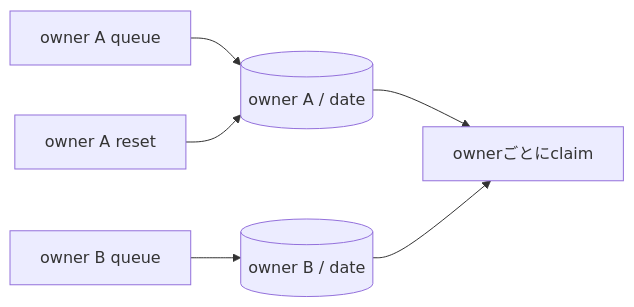
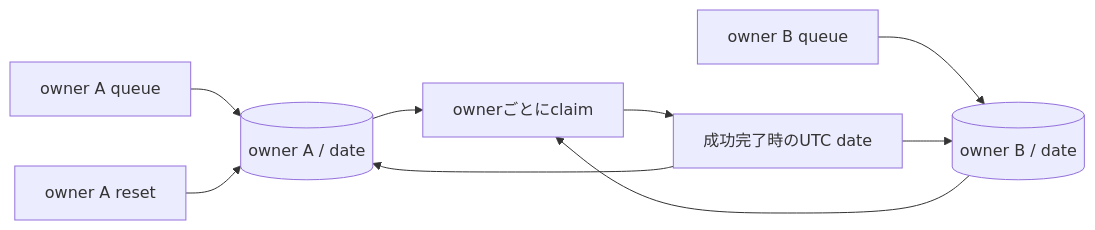
The diagram in docs/adr/0063-scope-enrichment-daily-budget-by-owner.md (r4ai/news-podcast), drawn with Mermaid before and after one commit. The commit also changed other lines of this file and 3 other files, not shown here.

````diff
--- a/docs/adr/0063-scope-enrichment-daily-budget-by-owner.md
+++ b/docs/adr/0063-scope-enrichment-daily-budget-by-owner.md
@@ -18,8 +18,11 @@
 ```mermaid
 flowchart LR
   QueueA["owner A queue"] --> BudgetA[("owner A / date")]
   QueueB["owner B queue"] --> BudgetB[("owner B / date")]
   BudgetA --> Worker["ownerごとにclaim"]
   BudgetB --> Worker
+  Worker --> Completed["成功完了時のUTC date"]
+  Completed --> BudgetA
+  Completed --> BudgetB
   ResetA["owner A reset"] --> BudgetA
 ```
````
